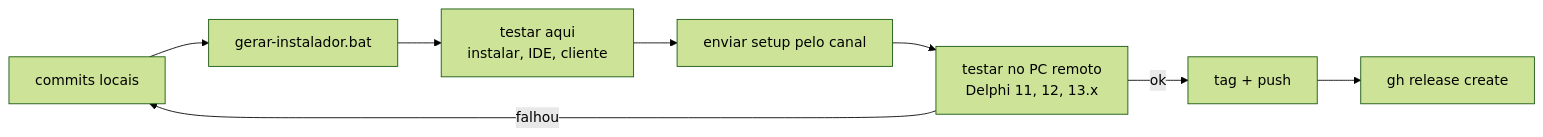
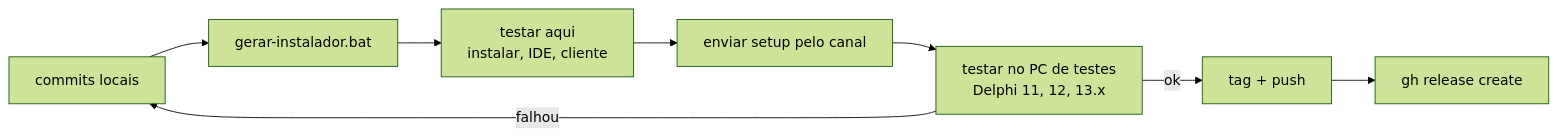
The diagram in doc/pt/processo/05-Processo-de-Release.md (edmarfrazao/JEDI_VCS), drawn with Mermaid (forest theme) before and after one commit. The commit also changed other lines of this file and 73 other files, not shown here.

````diff
--- a/doc/pt/processo/05-Processo-de-Release.md
+++ b/doc/pt/processo/05-Processo-de-Release.md
@@ -10,10 +10,10 @@
 ```mermaid
 flowchart LR
     A[commits locais] --> B[gerar-instalador.bat]
     B --> C[testar aqui<br/>instalar, IDE, cliente]
     C --> D[enviar setup pelo canal]
-    D --> E[testar no PC remoto<br/>Delphi 11, 12, 13.x]
+    D --> E[testar no PC de testes<br/>Delphi 11, 12, 13.x]
     E -->|falhou| A
     E -->|ok| F[tag + push]
     F --> G[gh release create]
 ```
````
